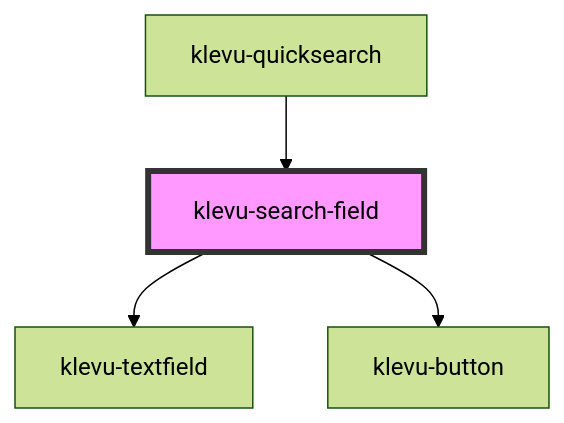
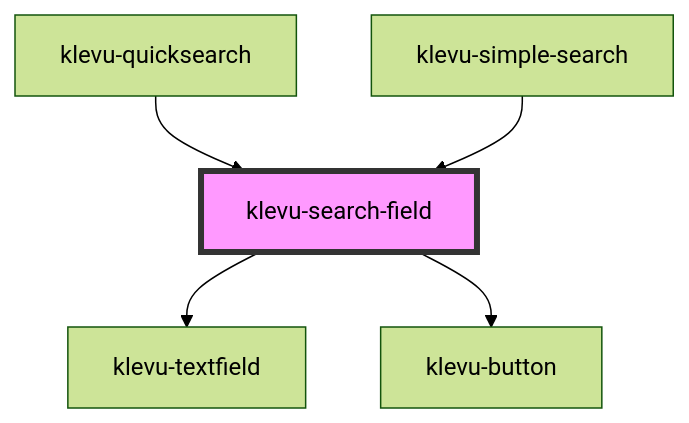
One commit to klevultd/frontend-sdk changed the diagram in packages/klevu-ui/src/components/klevu-search-field/readme.md. Above: the diagram before and after it, drawn with Mermaid (forest theme). The commit also changed other lines of this file and 23 other files, not shown here.

````diff
--- a/packages/klevu-ui/src/components/klevu-search-field/readme.md
+++ b/packages/klevu-ui/src/components/klevu-search-field/readme.md
@@ -40,7 +43,8 @@
 ```mermaid
 graph TD;
   klevu-search-field --> klevu-textfield
   klevu-search-field --> klevu-button
   klevu-quicksearch --> klevu-search-field
+  klevu-simple-search --> klevu-search-field
   style klevu-search-field fill:#f9f,stroke:#333,stroke-width:4px
 ```
````
